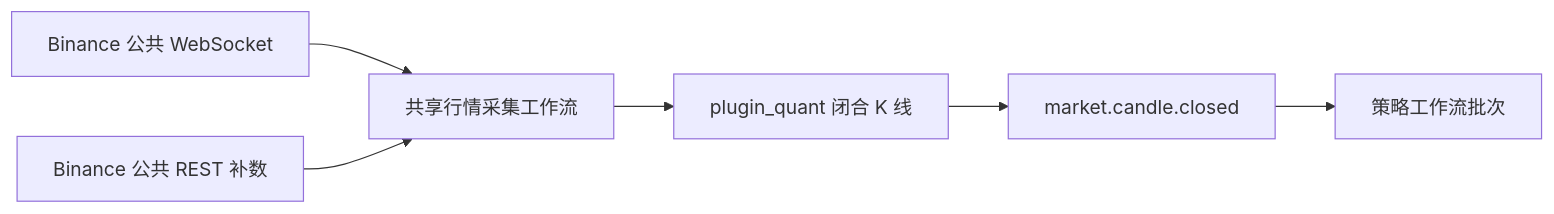
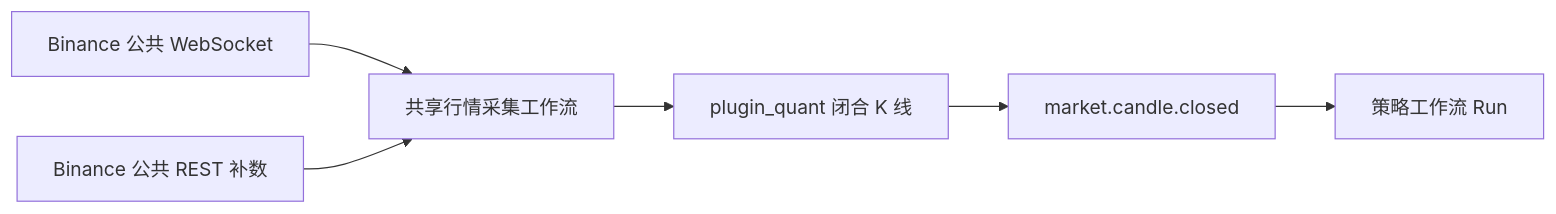
Before and after one commit to CoderLTS/coinsphere-go: the fourth of 5 diagrams in docs/architecture/workflow-platform-v2.md, drawn with Mermaid. The commit also changed other lines of this file and 54 other files, not shown here.

````diff
--- a/docs/architecture/workflow-platform-v2.md
+++ b/docs/architecture/workflow-platform-v2.md
@@ -438,8 +433,8 @@
 ```mermaid
 flowchart LR
     WS["Binance 公共 WebSocket"] --> COLLECT["共享行情采集工作流"]
     REST["Binance 公共 REST 补数"] --> COLLECT
     COLLECT --> CANDLES["plugin_quant 闭合 K 线"]
     CANDLES --> EVENT["market.candle.closed"]
-    EVENT --> FLOWS["策略工作流批次"]
+    EVENT --> FLOWS["策略工作流 Run"]
 ```
````
